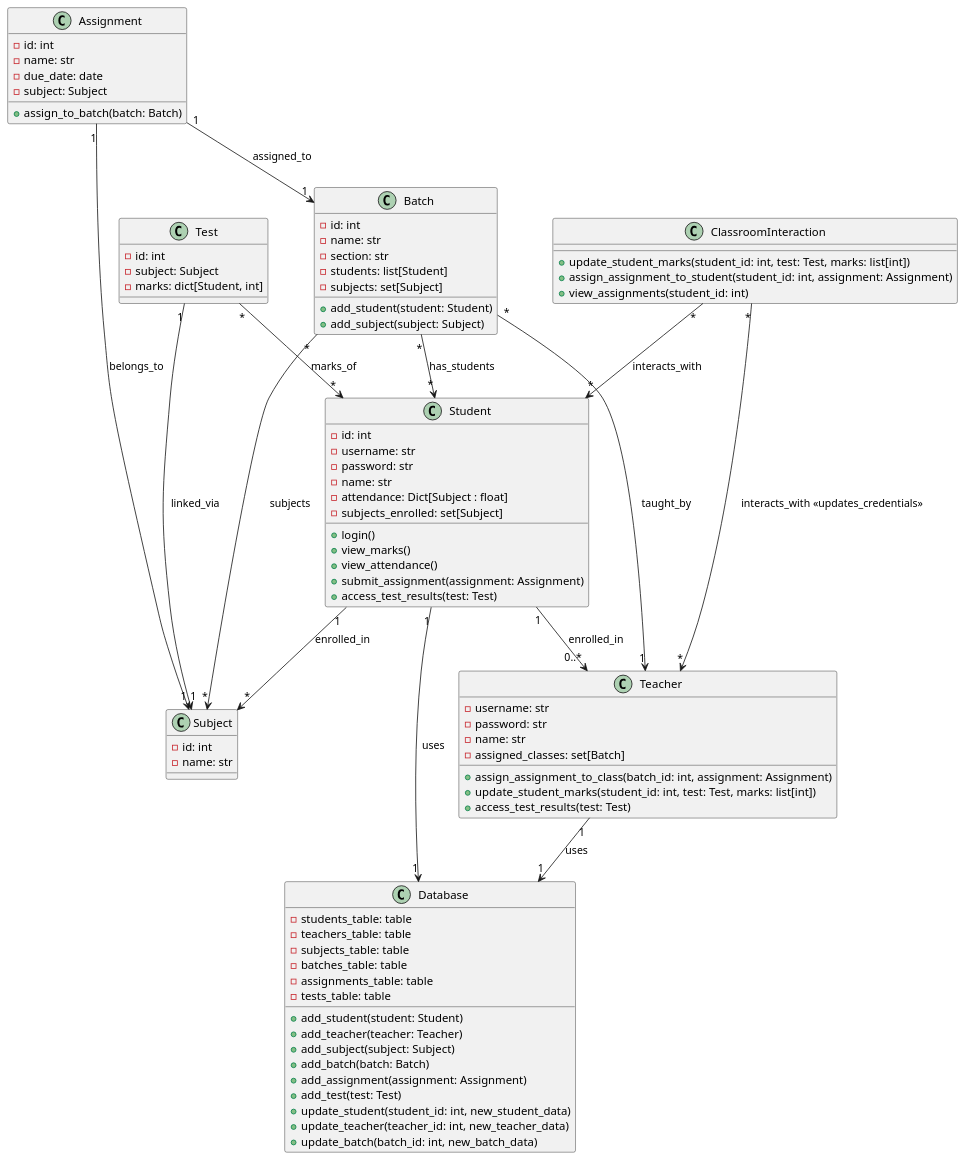
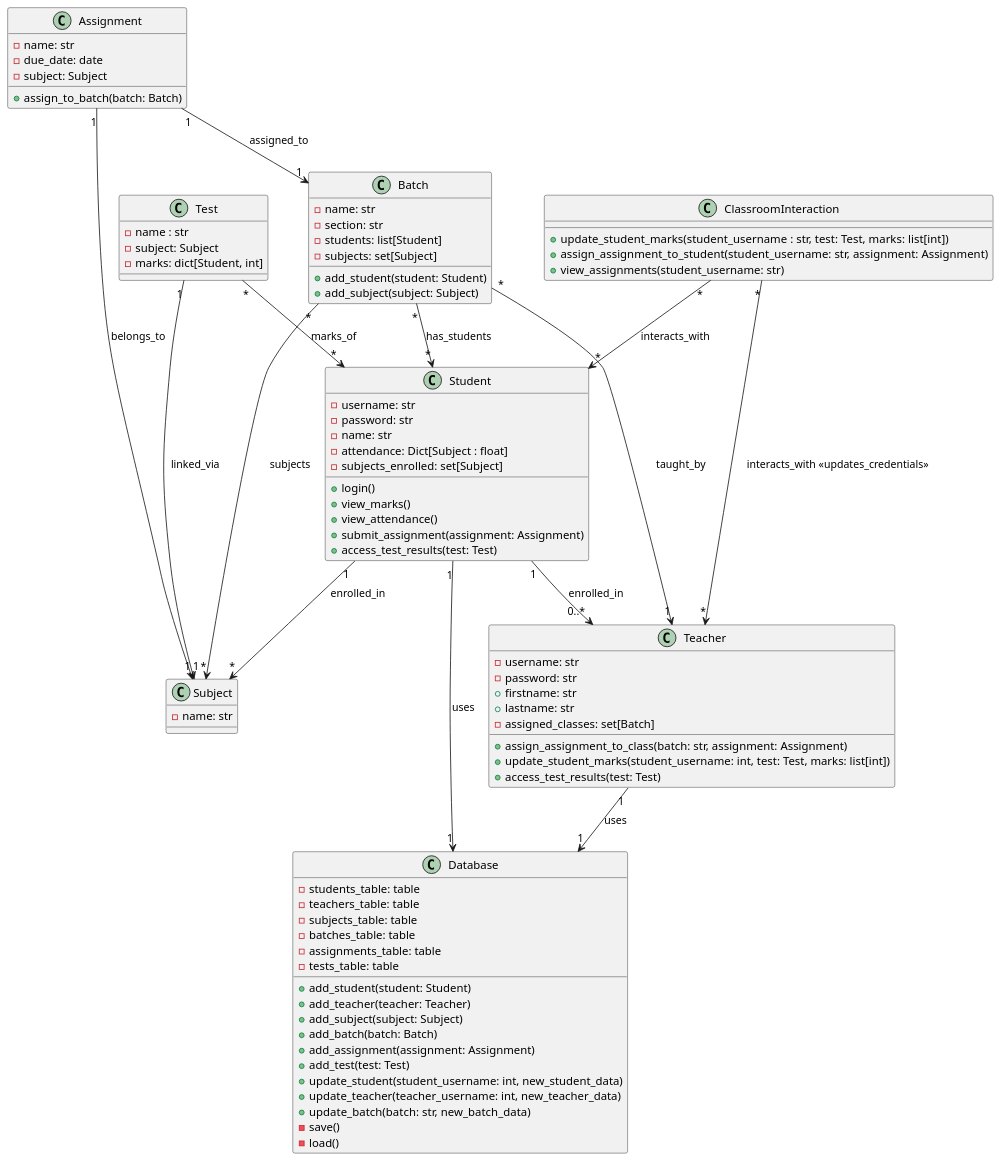
The diagram in umldiagram.puml (SrimanRakshan/DSA), drawn with PlantUML before and after one commit. The commit also changed 1 other file, not shown here.

Commit message:
Update basic_classes.py, UML
Removed ids

```diff
--- a/umldiagram.puml
+++ b/umldiagram.puml
@@ -1,92 +1,91 @@
 @startuml
 class Student {
-    - id: int
     - username: str
     - password: str
     - name: str
     - attendance: Dict[Subject : float]
     - subjects_enrolled: set[Subject]
     + login()
     + view_marks()
     + view_attendance()
     + submit_assignment(assignment: Assignment)
     + access_test_results(test: Test)
 }
 
 class Teacher {
     - username: str
     - password: str
-    - name: str
+    + firstname: str
+    + lastname: str
     - assigned_classes: set[Batch]
-    + assign_assignment_to_class(batch_id: int, assignment: Assignment)
-    + update_student_marks(student_id: int, test: Test, marks: list[int])
+    + assign_assignment_to_class(batch: str, assignment: Assignment)
+    + update_student_marks(student_username: int, test: Test, marks: list[int])
     + access_test_results(test: Test)
 }
 
 class Subject {
-    - id: int
     - name: str
 }
 
 class Batch {
-    - id: int
     - name: str
     - section: str
     - students: list[Student]
     - subjects: set[Subject]
     + add_student(student: Student)
     + add_subject(subject: Subject)
 }
 
 class Assignment {
-    - id: int
     - name: str
     - due_date: date
     - subject: Subject
     + assign_to_batch(batch: Batch)
 }
 
 class Test {
-    - id: int
+    - name : str
     - subject: Subject
     - marks: dict[Student, int]
 }
 
 class ClassroomInteraction {
-    + update_student_marks(student_id: int, test: Test, marks: list[int])
-    + assign_assignment_to_student(student_id: int, assignment: Assignment)
-    + view_assignments(student_id: int)
+    + update_student_marks(student_username : str, test: Test, marks: list[int])
+    + assign_assignment_to_student(student_username: str, assignment: Assignment)
+    + view_assignments(student_username: str)
 }
 
 class Database {
     - students_table: table
     - teachers_table: table
     - subjects_table: table
     - batches_table: table
     - assignments_table: table
     - tests_table: table
     + add_student(student: Student)
     + add_teacher(teacher: Teacher)
     + add_subject(subject: Subject)
     + add_batch(batch: Batch)
     + add_assignment(assignment: Assignment)
     + add_test(test: Test)
-    + update_student(student_id: int, new_student_data)
-    + update_teacher(teacher_id: int, new_teacher_data)
-    + update_batch(batch_id: int, new_batch_data)
+    + update_student(student_username: int, new_student_data)
+    + update_teacher(teacher_username: int, new_teacher_data)
+    + update_batch(batch: str, new_batch_data)
+    - save()
+    - load()
 }
 
 Student "1" --> "0..*" Teacher : enrolled_in
 Student "1" --> "1" Database : uses
 Teacher "1" --> "1" Database : uses
 Student "1" --> "*" Subject : enrolled_in
 Batch "*" --> "1" Teacher : taught_by
 Batch "*" --> "*" Student : has_students
 Batch "*" --> "*" Subject : subjects
 Assignment "1" --> "1" Subject : belongs_to
 Assignment "1" --> "1" Batch : assigned_to
 Test "1" --> "1" Subject : linked_via
 Test "*" --> "*" Student : marks_of
 ClassroomInteraction "*" --> "*" Teacher : interacts_with <<updates_credentials>>
 ClassroomInteraction "*" --> "*" Student : interacts_with
 @enduml
```
